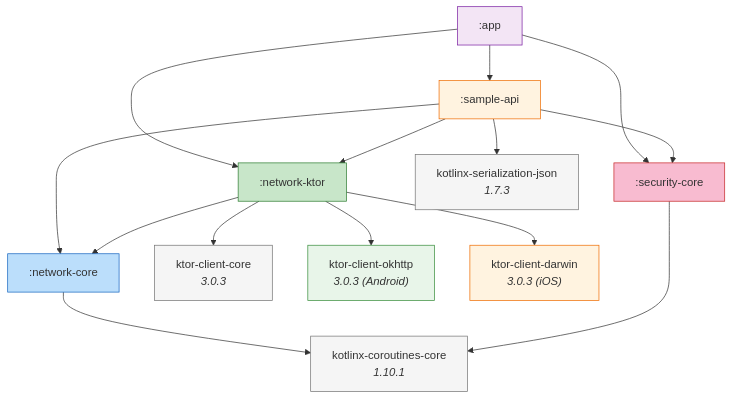
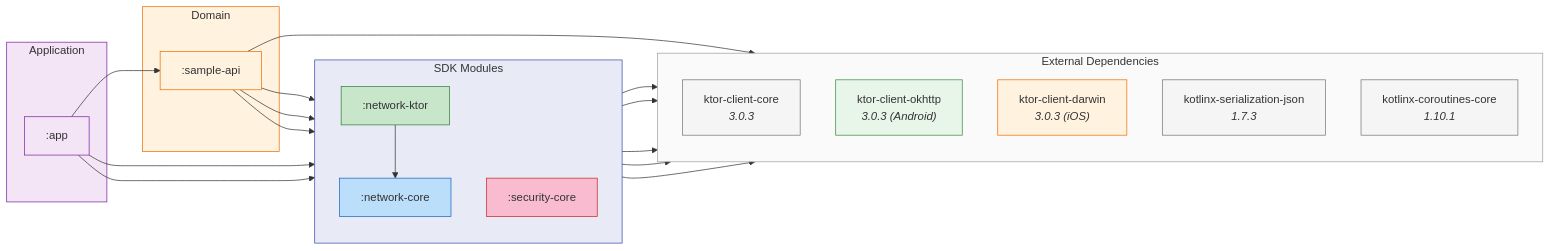
One commit to DanCrRdz93/core-data-platform changed the diagram in docs/diagrams/mmd/02-module-dependencies.mmd. Above: the diagram before and after it, drawn with Mermaid. The commit also changed 18 other files, not shown here.

Commit message:
upgrade diagrams

```diff
--- a/docs/diagrams/mmd/02-module-dependencies.mmd
+++ b/docs/diagrams/mmd/02-module-dependencies.mmd
@@ -1,40 +1,56 @@
-graph TD
-    APP[":app"]
-    SA[":sample-api"]
-    NK[":network-ktor"]
-    NC[":network-core"]
-    SC[":security-core"]
+graph LR
+    subgraph App["Application"]
+        APP[":app"]
+    end
 
-    COROUTINES["kotlinx-coroutines-core<br/><i>1.10.1</i>"]
-    KTOR_CORE["ktor-client-core<br/><i>3.0.3</i>"]
-    KTOR_OK["ktor-client-okhttp<br/><i>3.0.3 (Android)</i>"]
-    KTOR_DAR["ktor-client-darwin<br/><i>3.0.3 (iOS)</i>"]
-    SER["kotlinx-serialization-json<br/><i>1.7.3</i>"]
+    subgraph Domain["Domain"]
+        SA[":sample-api"]
+    end
+
+    subgraph SDK["SDK Modules"]
+        direction TB
+        NK[":network-ktor"]
+        NC[":network-core"]
+        SC[":security-core"]
+    end
+
+    subgraph External["External Dependencies"]
+        direction TB
+        KTOR_CORE["ktor-client-core<br/><i>3.0.3</i>"]
+        KTOR_OK["ktor-client-okhttp<br/><i>3.0.3 (Android)</i>"]
+        KTOR_DAR["ktor-client-darwin<br/><i>3.0.3 (iOS)</i>"]
+        SER["kotlinx-serialization-json<br/><i>1.7.3</i>"]
+        COROUTINES["kotlinx-coroutines-core<br/><i>1.10.1</i>"]
+    end
 
     APP --> SA
     APP --> NK
     APP --> SC
 
     SA --> NC
     SA --> NK
     SA --> SC
     SA --> SER
 
     NK --> NC
     NK --> KTOR_CORE
     NK --> KTOR_OK
     NK --> KTOR_DAR
 
     NC --> COROUTINES
     SC --> COROUTINES
 
+    style App fill:#f3e5f5,stroke:#7b1fa2
+    style Domain fill:#fff3e0,stroke:#ef6c00
+    style SDK fill:#e8eaf6,stroke:#3949ab
+    style External fill:#fafafa,stroke:#9e9e9e
     style APP fill:#f3e5f5,stroke:#7b1fa2
     style SA fill:#fff3e0,stroke:#ef6c00
     style NK fill:#c8e6c9,stroke:#2e7d32
     style NC fill:#bbdefb,stroke:#1565c0
     style SC fill:#f8bbd0,stroke:#c62828
     style COROUTINES fill:#f5f5f5,stroke:#757575
     style KTOR_CORE fill:#f5f5f5,stroke:#757575
     style KTOR_OK fill:#e8f5e9,stroke:#388e3c
     style KTOR_DAR fill:#fff3e0,stroke:#ef6c00
     style SER fill:#f5f5f5,stroke:#757575
```
